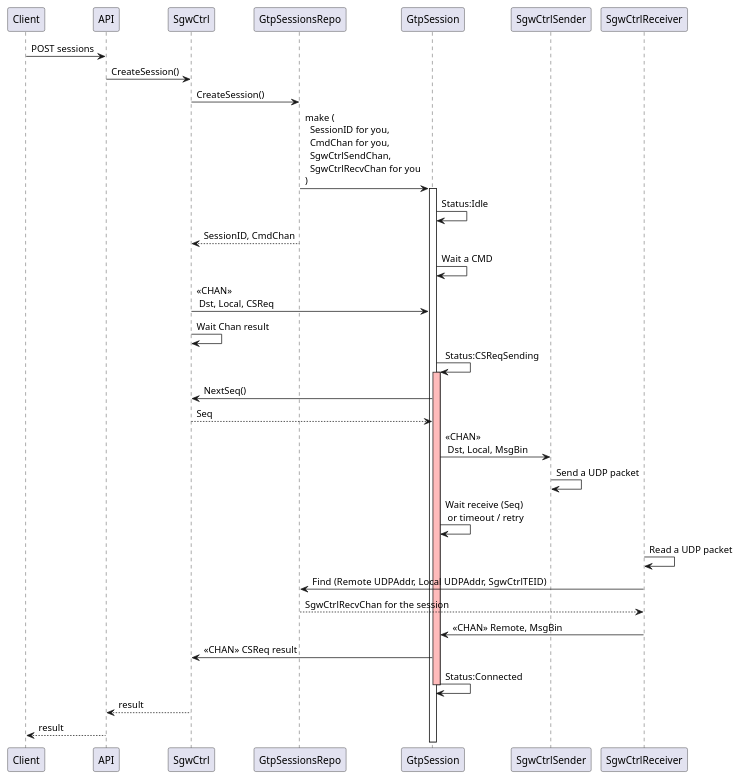
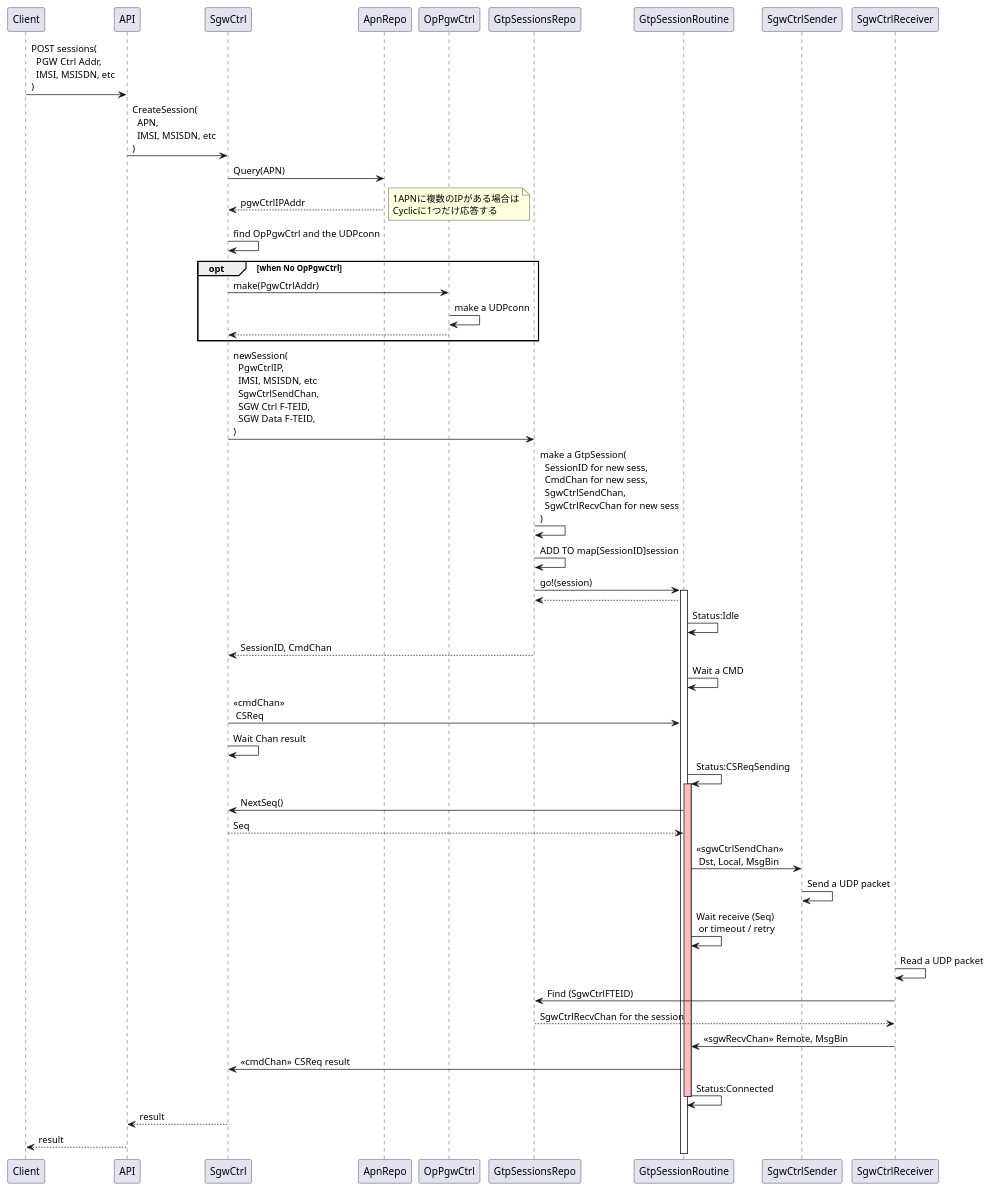
The diagram in docs/seqCSreqSgw.puml (craftone/gojiko), drawn with PlantUML before and after one commit. The commit also changed 30 other files, not shown here.

```diff
--- a/docs/seqCSreqSgw.puml
+++ b/docs/seqCSreqSgw.puml
@@ -1,43 +1,79 @@
-@startuml
+@startuml seqCSreqSgw
 
-Client -> API : POST sessions
-API -> SgwCtrl : CreateSession()
-SgwCtrl -> GtpSessionsRepo : CreateSession()
-GtpSessionsRepo -> GtpSession : make (\n\
-  SessionID for you,\n\
-  CmdChan for you,\n\
+Client -> API : POST sessions(\n\
+  PGW Ctrl Addr,\n\
+  IMSI, MSISDN, etc\n\
+)
+
+API -> SgwCtrl : CreateSession(\n\
+  APN,\n\
+  IMSI, MSISDN, etc\n\
+)
+
+SgwCtrl -> ApnRepo : Query(APN)
+SgwCtrl <-- ApnRepo : pgwCtrlIPAddr
+note right: 1APNに複数のIPがある場合は\nCyclicに1つだけ応答する
+
+SgwCtrl -> SgwCtrl : find OpPgwCtrl and the UDPconn
+opt when No OpPgwCtrl
+  SgwCtrl -> OpPgwCtrl : make(PgwCtrlAddr)
+  OpPgwCtrl -> OpPgwCtrl : make a UDPconn
+  SgwCtrl <-- OpPgwCtrl
+
+end
+
+SgwCtrl -> GtpSessionsRepo : newSession(\n\
+  PgwCtrlIP,\n\
+  IMSI, MSISDN, etc\n\
   SgwCtrlSendChan,\n\
-  SgwCtrlRecvChan for you\n)
-activate GtpSession
-GtpSession -> GtpSession : Status:Idle
+  SGW Ctrl F-TEID,\n\
+  SGW Data F-TEID,\n\
+)
+
+GtpSessionsRepo -> GtpSessionsRepo : make a GtpSession(\n\
+  SessionID for new sess,\n\
+  CmdChan for new sess,\n\
+  SgwCtrlSendChan,\n\
+  SgwCtrlRecvChan for new sess\n\
+)
+
+GtpSessionsRepo -> GtpSessionsRepo : ADD TO map[SessionID]session
+
+
+GtpSessionsRepo -> GtpSessionRoutine : go!(session)
+activate GtpSessionRoutine
+GtpSessionsRepo <-- GtpSessionRoutine
+
+GtpSessionRoutine -> GtpSessionRoutine : Status:Idle
 SgwCtrl <-- GtpSessionsRepo : SessionID, CmdChan
 
-GtpSession -> GtpSession : Wait a CMD
-SgwCtrl -> GtpSession : <<CHAN>>\n Dst, Local, CSReq
+GtpSessionRoutine -> GtpSessionRoutine : Wait a CMD
+SgwCtrl -> GtpSessionRoutine : <<cmdChan>>\n CSReq
 SgwCtrl -> SgwCtrl : Wait Chan result
 
-GtpSession -> GtpSession : Status:CSReqSending
-activate GtpSession #FFBBBB
+GtpSessionRoutine -> GtpSessionRoutine : Status:CSReqSending
+activate GtpSessionRoutine #FFBBBB
 
-GtpSession -> SgwCtrl : NextSeq()
-GtpSession <-- SgwCtrl : Seq
+GtpSessionRoutine -> SgwCtrl : NextSeq()
+GtpSessionRoutine <-- SgwCtrl : Seq
 
-GtpSession -> SgwCtrlSender : <<CHAN>>\n Dst, Local, MsgBin
+GtpSessionRoutine -> SgwCtrlSender : <<sgwCtrlSendChan>>\n Dst, Local, MsgBin
+
 SgwCtrlSender -> SgwCtrlSender : Send a UDP packet
 
-GtpSession -> GtpSession : Wait receive (Seq) \n or timeout / retry
+GtpSessionRoutine -> GtpSessionRoutine : Wait receive (Seq) \n or timeout / retry
 
 SgwCtrlReceiver -> SgwCtrlReceiver : Read a UDP packet
-SgwCtrlReceiver -> GtpSessionsRepo : Find (Remote UDPAddr, Local UDPAddr, SgwCtrlTEID)
+SgwCtrlReceiver -> GtpSessionsRepo : Find (SgwCtrlFTEID)
 SgwCtrlReceiver <-- GtpSessionsRepo : SgwCtrlRecvChan for the session
-SgwCtrlReceiver -> GtpSession : <<CHAN>> Remote, MsgBin
-SgwCtrl <- GtpSession : <<CHAN>> CSReq result
+SgwCtrlReceiver -> GtpSessionRoutine : <<sgwRecvChan>> Remote, MsgBin
+SgwCtrl <- GtpSessionRoutine : <<cmdChan>> CSReq result
 
-GtpSession -> GtpSession : Status:Connected
-deactivate GtpSession
+GtpSessionRoutine -> GtpSessionRoutine : Status:Connected
+deactivate GtpSessionRoutine
 
 API <-- SgwCtrl : result
 Client <-- API : result
 
 
 @enduml
```
